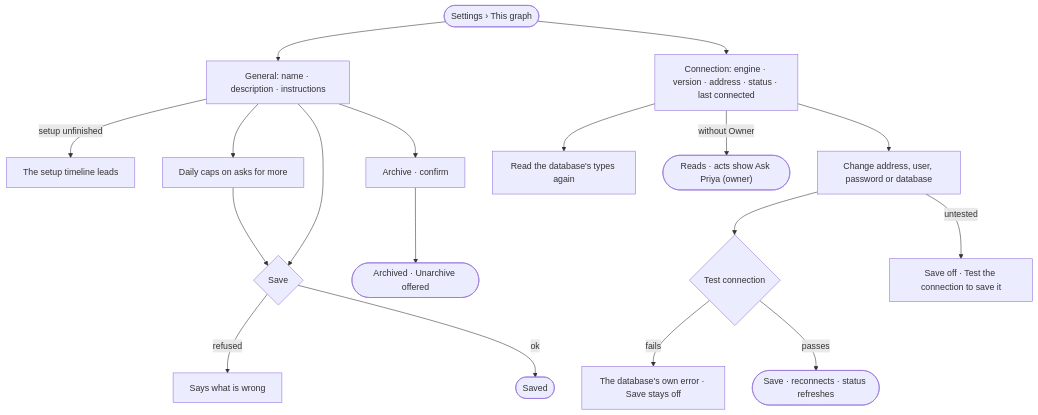
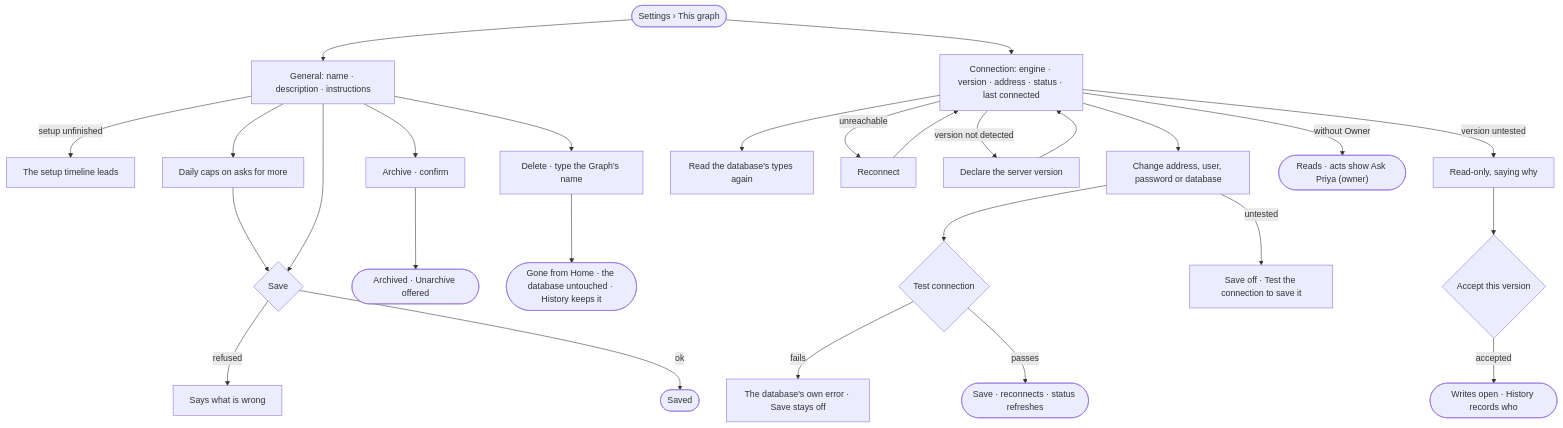
Before and after one commit to invana/invana: the diagram in specs/os/graph/features/GR-F04-this-graph/stories/GR-15-name-describe-and-connect-this-graph/story.md, drawn with Mermaid. The commit also changed other lines of this file and 637 other files, not shown here.

````diff
--- a/specs/os/graph/features/GR-F04-this-graph/stories/GR-15-name-describe-and-connect-this-graph/story.md
+++ b/specs/os/graph/features/GR-F04-this-graph/stories/GR-15-name-describe-and-connect-this-graph/story.md
@@ -27,18 +27,23 @@
 ```mermaid
 flowchart TD
   s([Settings › This graph]) --> g["General: name · description · instructions"]
   g -->|setup unfinished| tl["The setup timeline leads"]
   g --> caps["Daily caps on asks for more"] --> sv
   g --> sv{"Save"}
   sv -->|refused| sf["Says what is wrong"]
   sv -->|ok| gs(["Saved"])
   g --> ar["Archive · confirm"] --> ad(["Archived · Unarchive offered"])
+  g --> del["Delete · type the Graph's name"] --> dd(["Gone from Home · the database untouched · History keeps it"])
   s --> c["Connection: engine · version · address · status · last connected"]
   c --> ch["Change address, user, password or database"]
   ch --> t{"Test connection"}
   t -->|fails| tf["The database's own error · Save stays off"]
   t -->|passes| ok(["Save · reconnects · status refreshes"])
   ch -->|untested| off["Save off · Test the connection to save it"]
   c --> rd["Read the database's types again"]
+  c -->|unreachable| rc["Reconnect"] --> c
+  c -->|version not detected| dv["Declare the server version"] --> c
+  c -->|version untested| ut["Read-only, saying why"] --> acc{"Accept this version"}
+  acc -->|accepted| rw(["Writes open · History records who"])
   c -->|without Owner| ask(["Reads · acts show Ask Priya (owner)"])
 ```
````
